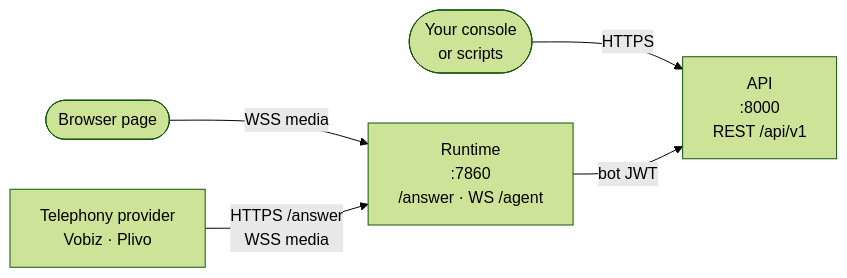
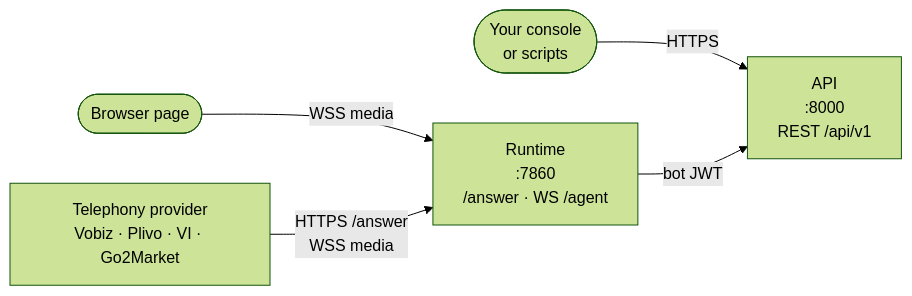
Before and after one commit to COSS-India/VoicEra: the diagram in docs/developer/clients/index.md, drawn with Mermaid (forest theme). The commit also changed 20 other files, not shown here.

Commit message:
Document Go2Market and update telephony/campaign docs

````diff
--- a/docs/developer/clients/index.md
+++ b/docs/developer/clients/index.md
@@ -20,14 +20,14 @@
 ```mermaid
 flowchart LR
   Console(["Your console<br/>or scripts"])
   Browser(["Browser page"])
-  Tel["Telephony provider<br/>Vobiz · Plivo"]
+  Tel["Telephony provider<br/>Vobiz · Plivo · VI · Go2Market"]
 
   API["API<br/>:8000<br/>REST /api/v1"]
   RT["Runtime<br/>:7860<br/>/answer · WS /agent"]
 
   Console -- "HTTPS" --> API
   Browser -- "WSS media" --> RT
   Tel -- "HTTPS /answer<br/>WSS media" --> RT
   RT -- "bot JWT" --> API
 ```
````
